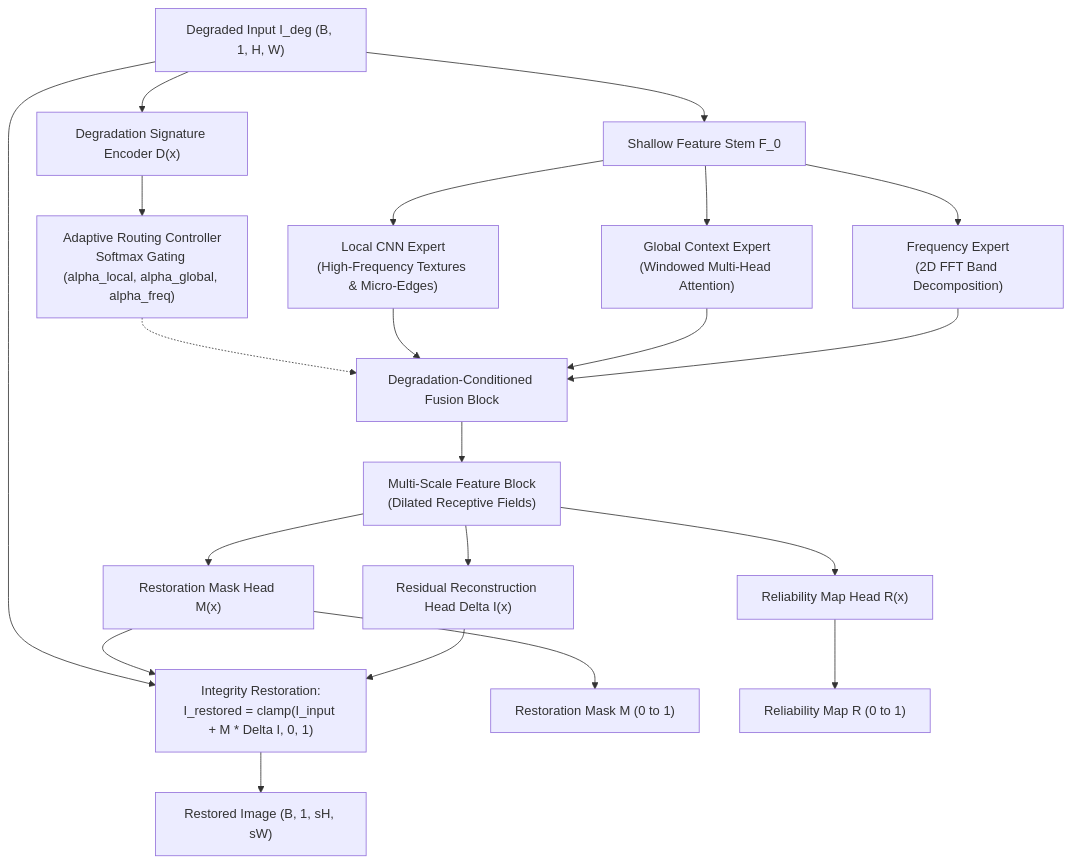
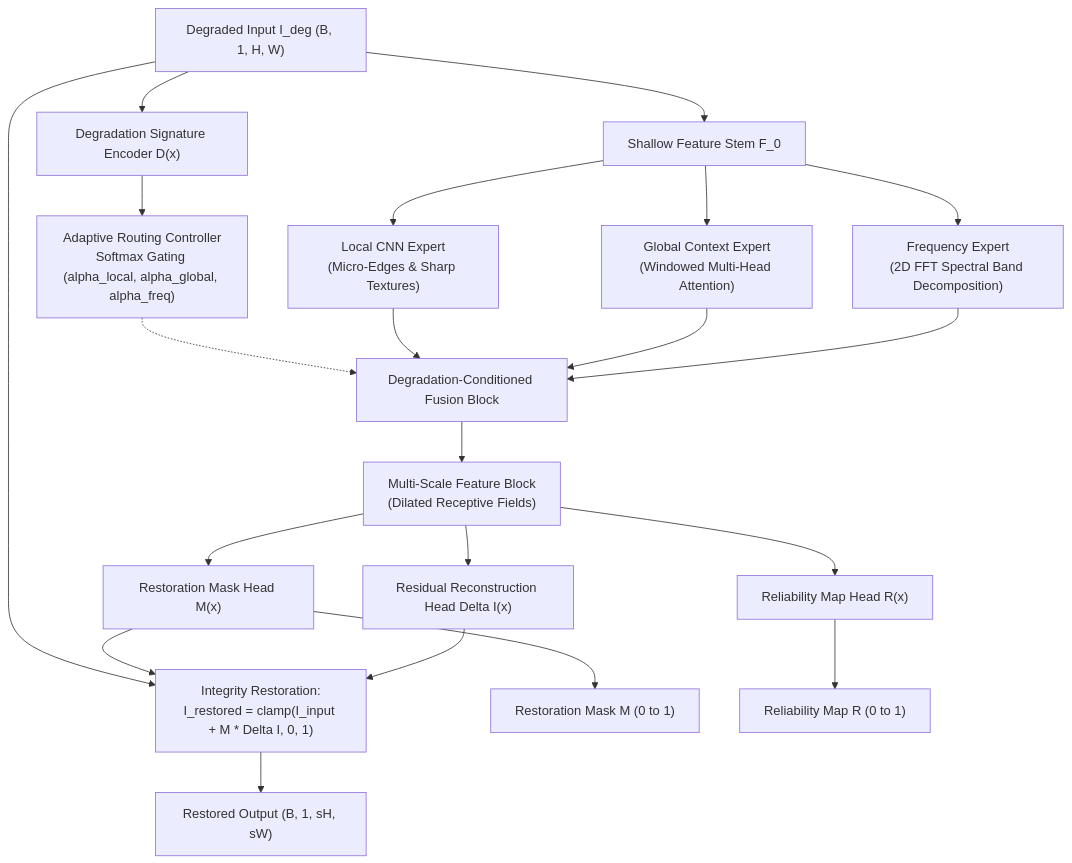
The diagram in README.md (udhaya987/AIRIS-Net), drawn with Mermaid before and after one commit. The commit also changed other lines of this file and 1 other file, not shown here.

Commit message:
docs: overhaul README with architecture breakdown and measured benchmark tables

````diff
--- a/README.md
+++ b/README.md
@@ -41,30 +38,30 @@
 ```mermaid
 flowchart TD
     In["Degraded Input I_deg (B, 1, H, W)"] --> Stem["Shallow Feature Stem F_0"]
     In --> DSE["Degradation Signature Encoder D(x)"]
     
     DSE --> Router["Adaptive Routing Controller\nSoftmax Gating (alpha_local, alpha_global, alpha_freq)"]
     
-    Stem --> LocalExp["Local CNN Expert\n(High-Frequency Textures & Micro-Edges)"]
+    Stem --> LocalExp["Local CNN Expert\n(Micro-Edges & Sharp Textures)"]
     Stem --> GlobalExp["Global Context Expert\n(Windowed Multi-Head Attention)"]
-    Stem --> FreqExp["Frequency Expert\n(2D FFT Band Decomposition)"]
+    Stem --> FreqExp["Frequency Expert\n(2D FFT Spectral Band Decomposition)"]
     
     Router -.-> Fusion["Degradation-Conditioned Fusion Block"]
     LocalExp --> Fusion
     GlobalExp --> Fusion
     FreqExp --> Fusion
     
     Fusion --> MultiScale["Multi-Scale Feature Block\n(Dilated Receptive Fields)"]
     
     MultiScale --> MaskHead["Restoration Mask Head M(x)"]
     MultiScale --> ResHead["Residual Reconstruction Head Delta I(x)"]
     MultiScale --> RelHead["Reliability Map Head R(x)"]
     
     In --> ResidualFuse["Integrity Restoration:\nI_restored = clamp(I_input + M * Delta I, 0, 1)"]
     MaskHead --> ResidualFuse
     ResHead --> ResidualFuse
     
-    ResidualFuse --> OutImg["Restored Image (B, 1, sH, sW)"]
+    ResidualFuse --> OutImg["Restored Output (B, 1, sH, sW)"]
     MaskHead --> OutMask["Restoration Mask M (0 to 1)"]
     RelHead --> OutRel["Reliability Map R (0 to 1)"]
 ```
````
